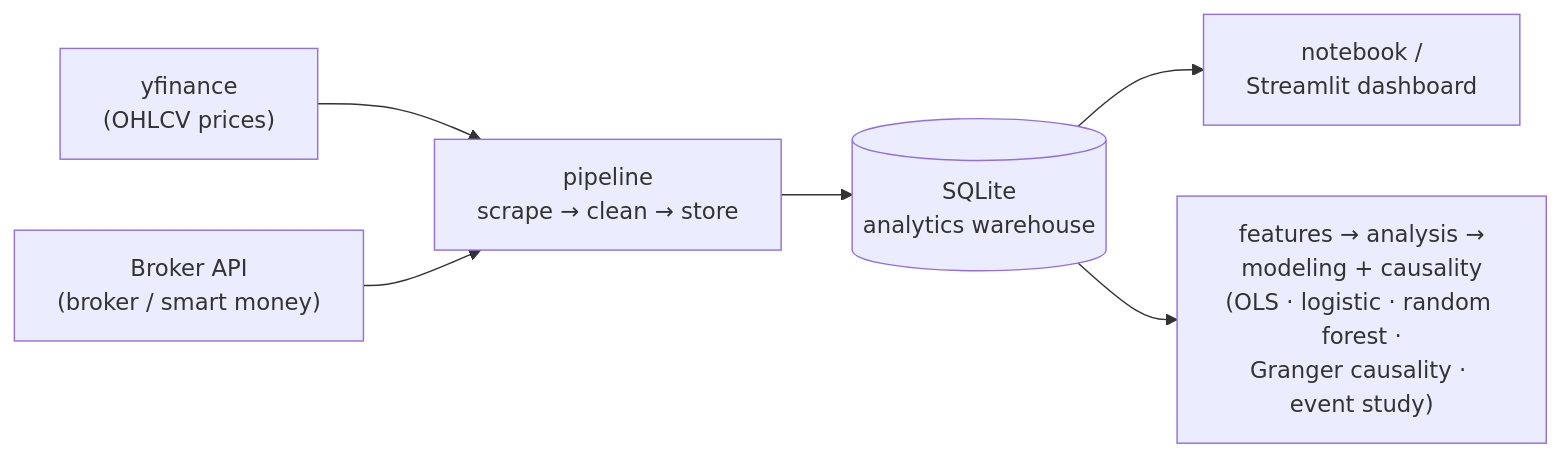
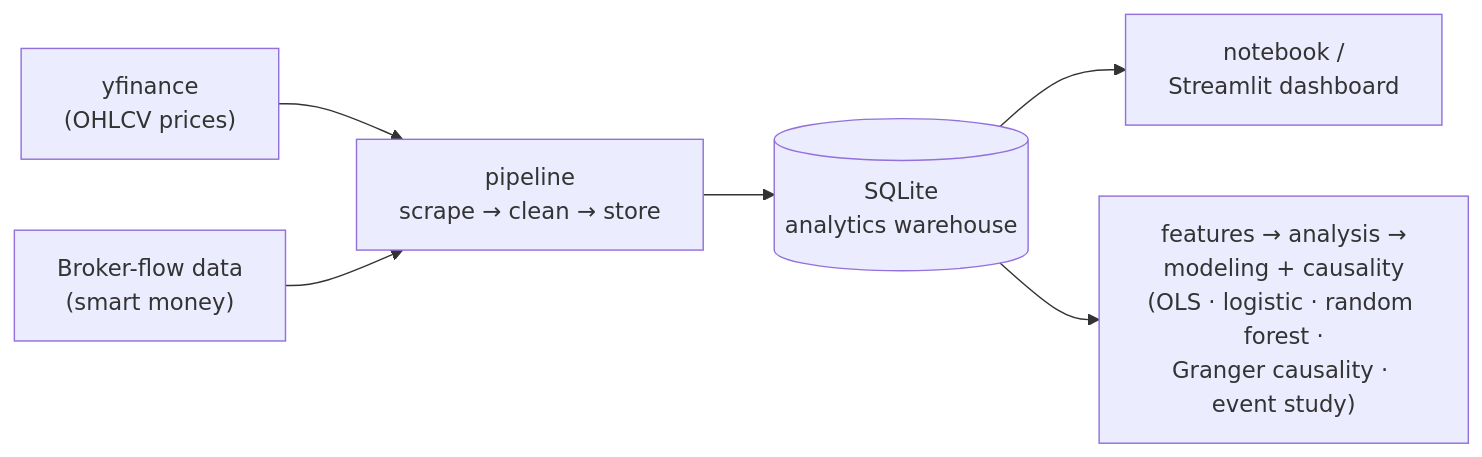
The diagram in README.md (IgnatiusHarry/idx-bandarmology), drawn with Mermaid before and after one commit.

````diff
--- a/README.md
+++ b/README.md
@@ -51,8 +51,8 @@
 ```mermaid
 flowchart LR
     yf["yfinance<br/>(OHLCV prices)"] --> pipe
-    broker["Broker API<br/>(broker / smart money)"] --> pipe
+    broker["Broker-flow data <br/>(smart money)"] --> pipe
     pipe["pipeline<br/>scrape → clean → store"] --> db[("SQLite<br/>analytics warehouse")]
     db --> consume["notebook /<br/>Streamlit dashboard"]
     db --> model["features → analysis →<br/>modeling + causality<br/>(OLS · logistic · random forest ·<br/>Granger causality · event study)"]
 ```
````
